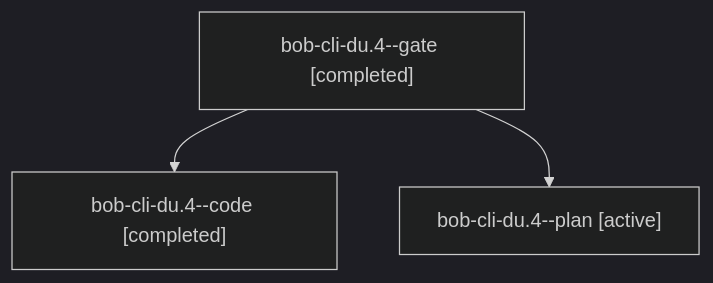
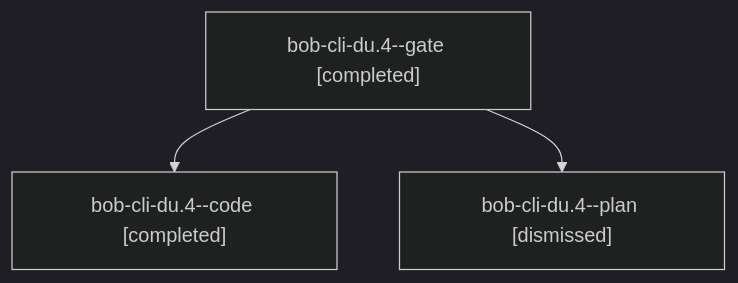
Before and after one commit to bobs-org/bob-cli--agents: the diagram in sessions/bbugyi200.apollo.bob-cli-du.4.md, drawn with Mermaid (dark theme). The commit also changed other lines of this file and 212 other files, not shown here.

````diff
--- a/sessions/bbugyi200.apollo.bob-cli-du.4.md
+++ b/sessions/bbugyi200.apollo.bob-cli-du.4.md
@@ -9,8 +9,8 @@
 ```mermaid
 flowchart TD
   n0["bob-cli-du.4--gate [completed]"]
   n1["bob-cli-du.4--code [completed]"]
   n0 --> n1
-  n2["bob-cli-du.4--plan [active]"]
+  n2["bob-cli-du.4--plan [dismissed]"]
   n0 --> n2
 ```
````
